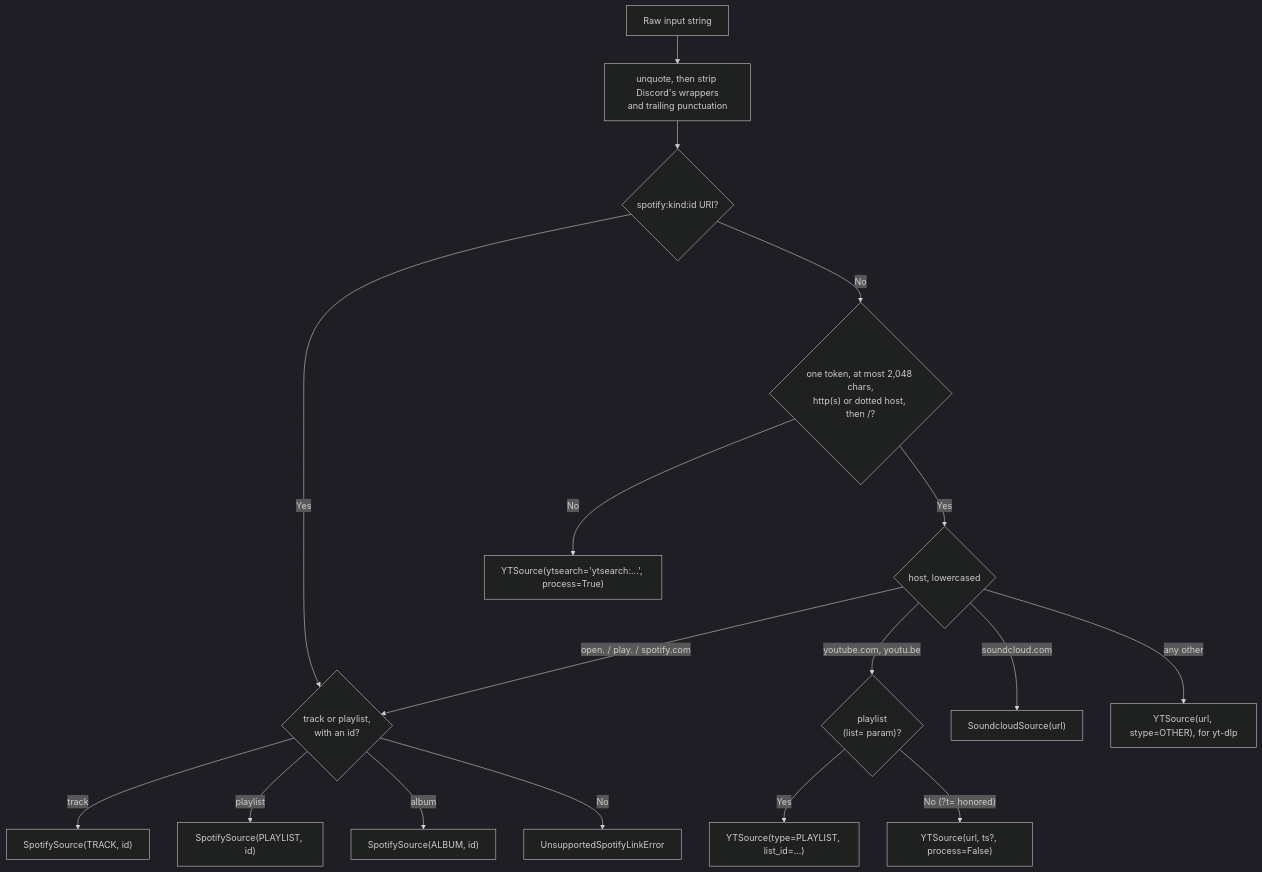
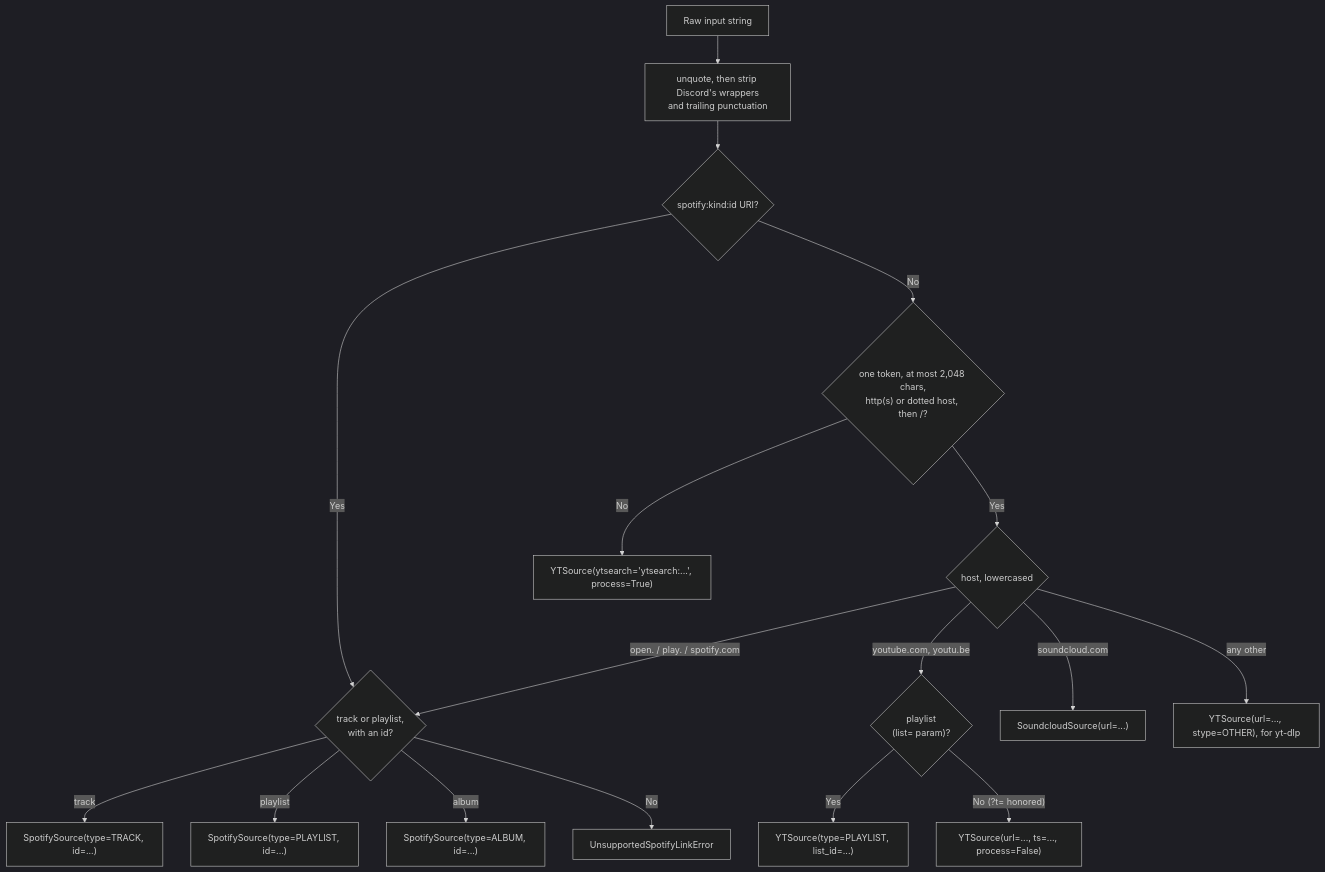
Before and after one commit to kawadeomkar/discord-music-bot: the eighth of 15 diagrams in docs/ARCHITECTURE.md, drawn with Mermaid (dark theme). The commit also changed other lines of this file, not shown here.

First line of the commit message:
Bring ARCHITECTURE.md in line with the declarations and the new pin

````diff
--- a/docs/ARCHITECTURE.md
+++ b/docs/ARCHITECTURE.md
@@ -653,26 +653,26 @@
 ```mermaid
 flowchart TD
     Input["Raw input string"]
     Unwrap["unquote, then strip Discord's wrappers\nand trailing punctuation"]
     IsURI{"spotify:kind:id URI?"}
     IsLink{"one token, at most 2,048 chars,\nhttp(s) or dotted host, then /?"}
     Host{"host, lowercased"}
     IsPL{"playlist\n(list= param)?"}
     SPKind{"track or playlist,\nwith an id?"}
 
     Input --> Unwrap --> IsURI
     IsURI -->|Yes| SPKind
     IsURI -->|No| IsLink
     IsLink -->|No| YTS_S["YTSource(ytsearch='ytsearch:...', process=True)"]
     IsLink -->|Yes| Host
     Host -->|"youtube.com, youtu.be"| IsPL
     IsPL -->|Yes| YTPL["YTSource(type=PLAYLIST, list_id=...)"]
-    IsPL -->|"No (?t= honored)"| YTS["YTSource(url, ts?, process=False)"]
+    IsPL -->|"No (?t= honored)"| YTS["YTSource(url=..., ts=..., process=False)"]
     Host -->|"open. / play. / spotify.com"| SPKind
-    SPKind -->|track| SPS_T["SpotifySource(TRACK, id)"]
-    SPKind -->|playlist| SPS_P["SpotifySource(PLAYLIST, id)"]
-    SPKind -->|album| SPS_A["SpotifySource(ALBUM, id)"]
+    SPKind -->|track| SPS_T["SpotifySource(type=TRACK, id=...)"]
+    SPKind -->|playlist| SPS_P["SpotifySource(type=PLAYLIST, id=...)"]
+    SPKind -->|album| SPS_A["SpotifySource(type=ALBUM, id=...)"]
     SPKind -->|No| Refuse["UnsupportedSpotifyLinkError"]
-    Host -->|soundcloud.com| SC["SoundcloudSource(url)"]
-    Host -->|any other| OTHER["YTSource(url, stype=OTHER), for yt-dlp"]
+    Host -->|soundcloud.com| SC["SoundcloudSource(url=...)"]
+    Host -->|any other| OTHER["YTSource(url=..., stype=OTHER), for yt-dlp"]
 ```
````
